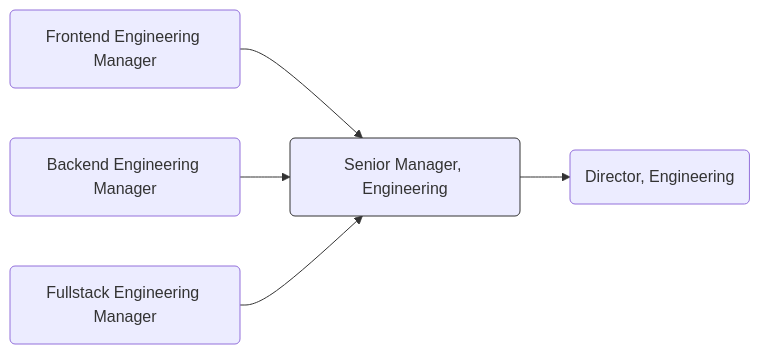
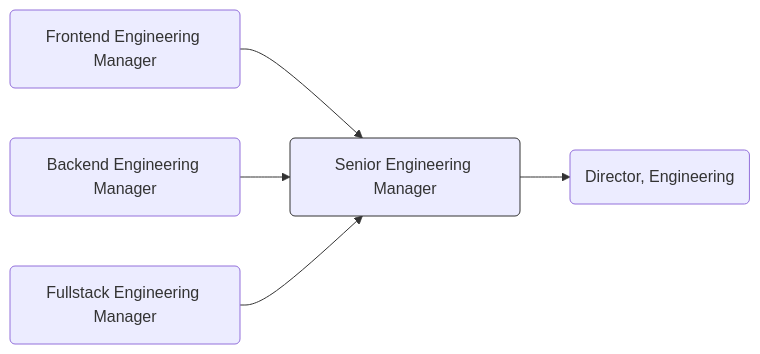
One commit to secretstartups/handbook changed the diagram in job-families/engineering/development/management/senior-manager/index.html.md. Above: the diagram before and after it, drawn with Mermaid. The commit also changed other lines of this file and 5 other files, not shown here.

Commit message:
Senior Manager, Engineering renamed Senior Engineering Manager

````diff
--- a/job-families/engineering/development/management/senior-manager/index.html.md
+++ b/job-families/engineering/development/management/senior-manager/index.html.md
@@ -75,31 +78,31 @@
 ```mermaid
   graph LR;
   manager:backend(Backend Engineering Manager)
   manager:frontend(Frontend Engineering Manager)
   manager:fullstack(Fullstack Engineering Manager)
 
   %% engineer:distinguished(Distinguished Engineer)
-  manager:senior(Senior Manager, Engineering)
+  manager:senior(Senior Engineering Manager)
   
   director(Director, Engineering)
 
   manager:frontend --> manager:senior
   manager:backend --> manager:senior
   manager:fullstack --> manager:senior
   %% engineer:distinguished --- manager:senior
   manager:senior --> director
 
   %% engineer:distinguished
   manager:senior
 
   click manager:frontend "/job-families/engineering/development/frontend/manager/";
   click manager:backend "/job-families/engineering/development/backend/manager/";
   click manager:fullstack "/job-families/engineering/development/management/fullstack-manager/";
 
   %% click engineer:distinguished "/job-families/engineering/development/management/distinguished/"
 
   click director "/job-families/engineering/development/management/director/";
 
   classDef selected stroke:#333,stroke-width:1px;
   class manager:senior selected
 ```
````
